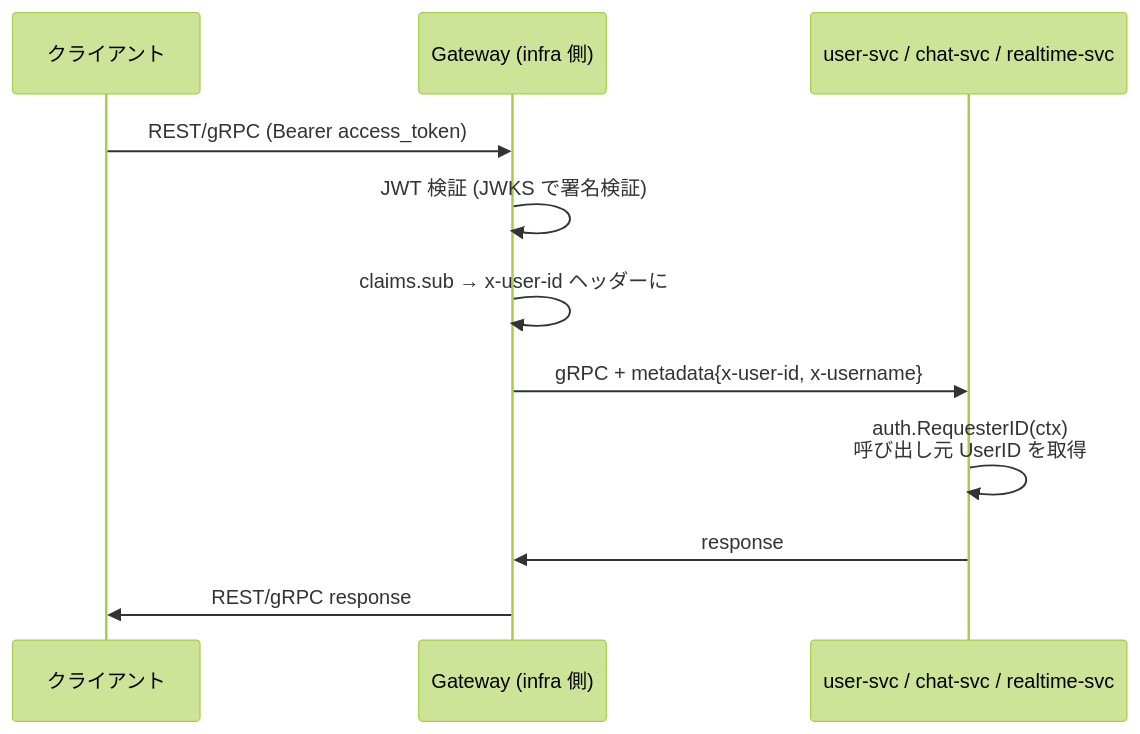
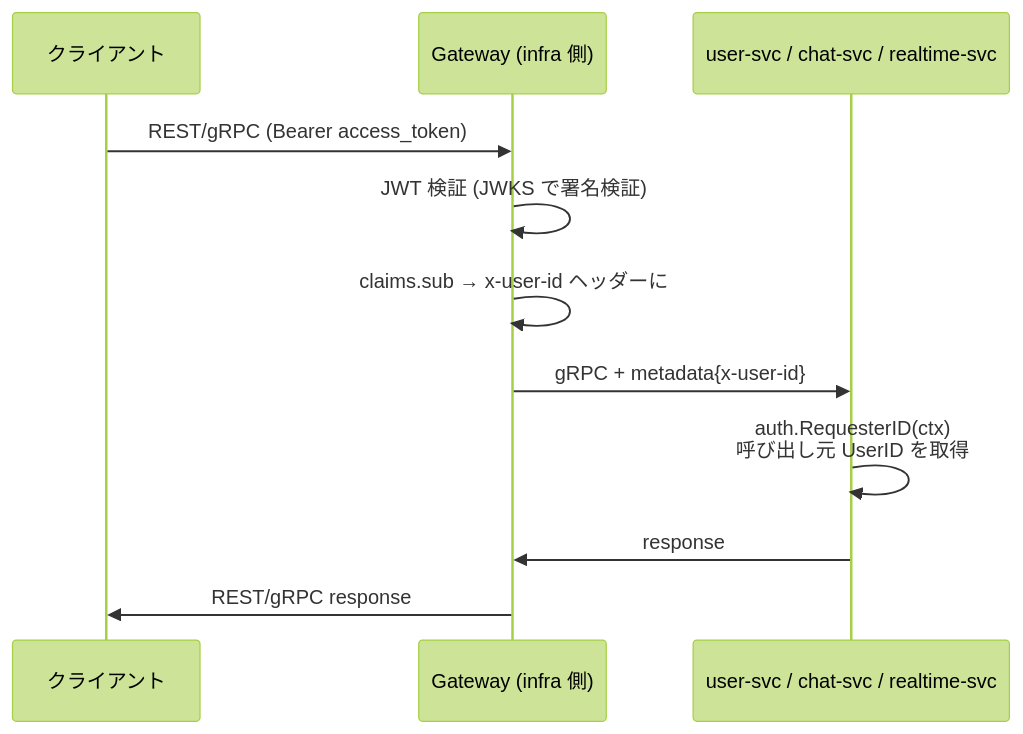
One commit to shunto-ishiguro/go-microservices-chat changed the third of 4 diagrams in docs/architecture/microservices.md. Above: the diagram before and after it, drawn with Mermaid (forest theme). The commit also changed 4 other files, not shown here.

````diff
--- a/docs/architecture/microservices.md
+++ b/docs/architecture/microservices.md
@@ -164,14 +164,14 @@
 ```mermaid
 sequenceDiagram
     participant C as クライアント
     participant GW as Gateway (infra 側)
     participant Svc as user-svc / chat-svc / realtime-svc
 
     C->>GW: REST/gRPC (Bearer access_token)
     GW->>GW: JWT 検証 (JWKS で署名検証)
     GW->>GW: claims.sub → x-user-id ヘッダーに
-    GW->>Svc: gRPC + metadata{x-user-id, x-username}
+    GW->>Svc: gRPC + metadata{x-user-id}
     Svc->>Svc: auth.RequesterID(ctx)<br/>呼び出し元 UserID を取得
     Svc->>GW: response
     GW->>C: REST/gRPC response
 ```
````
